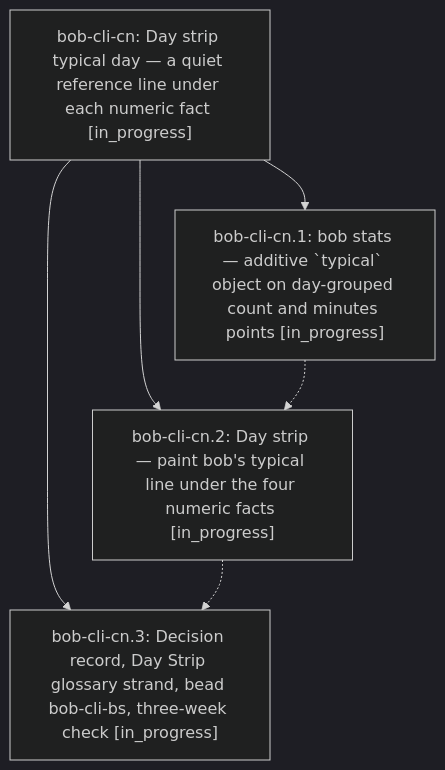
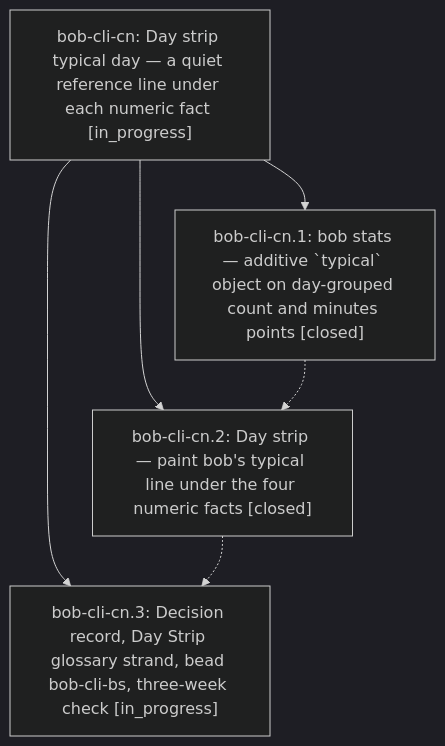
Before and after one commit to bobs-org/bob-cli--beads: the diagram in pages/bob-cli-cn/README.md, drawn with Mermaid (dark theme). The commit also changed other lines of this file and 3 other files, not shown here.

First line of the commit message:
chore(beads): sync bead state and pages for bob-cli-cn

````diff
--- a/pages/bob-cli-cn/README.md
+++ b/pages/bob-cli-cn/README.md
@@ -36,12 +36,12 @@
 ```mermaid
 flowchart TD
     n0["bob-cli-cn: Day strip typical day — a quiet reference line under each numeric fact [in_progress]"]
-    n1["bob-cli-cn.1: bob stats — additive `typical` object on day-grouped count and minutes points [in_progress]"]
-    n2["bob-cli-cn.2: Day strip — paint bob's typical line under the four numeric facts [in_progress]"]
+    n1["bob-cli-cn.1: bob stats — additive `typical` object on day-grouped count and minutes points [closed]"]
+    n2["bob-cli-cn.2: Day strip — paint bob's typical line under the four numeric facts [closed]"]
     n3["bob-cli-cn.3: Decision record, Day Strip glossary strand, bead bob-cli-bs, three-week check [in_progress]"]
     n0 --> n1
     n0 --> n2
     n0 --> n3
     n1 -.-> n2
     n2 -.-> n3
 ```
````
